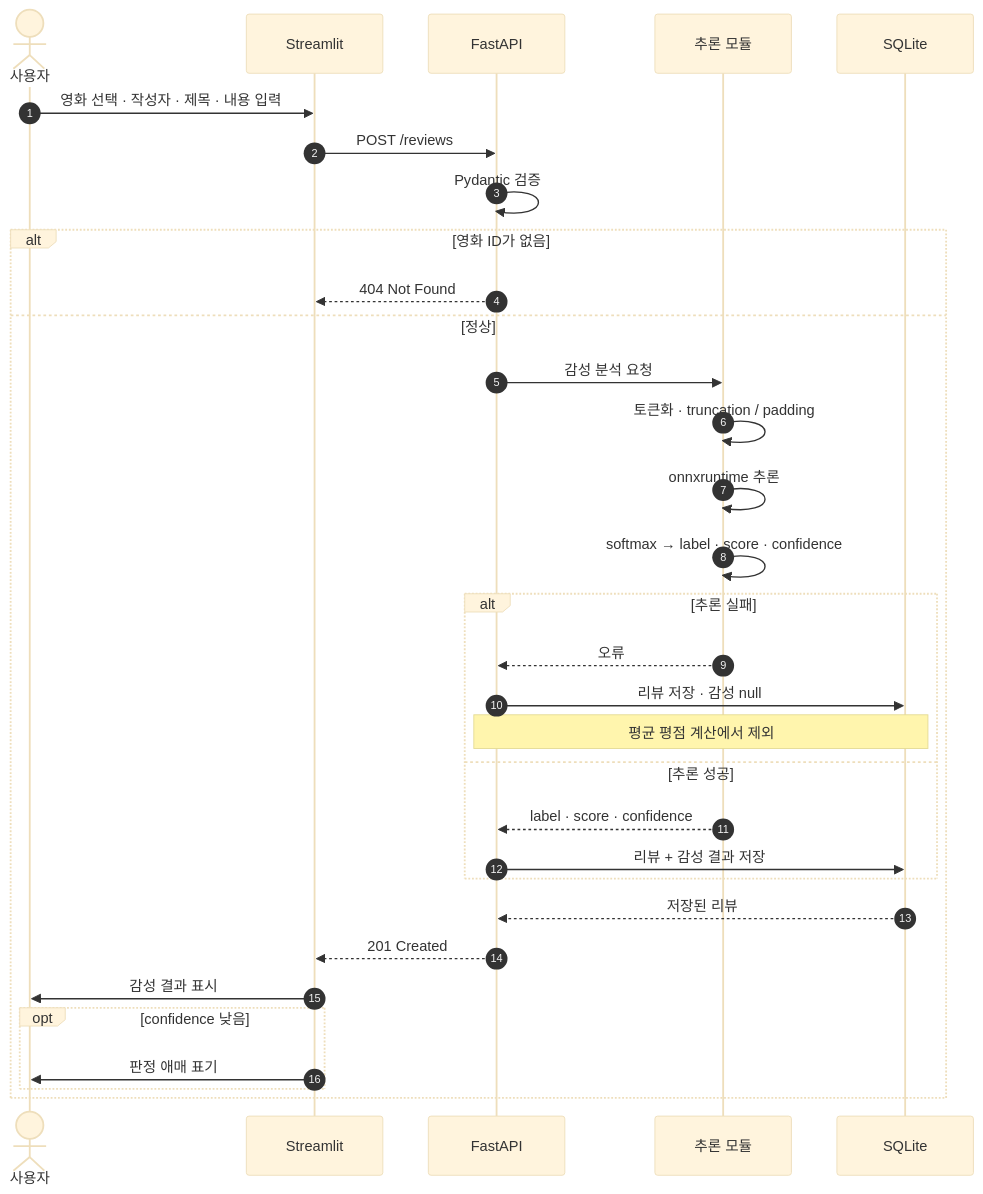
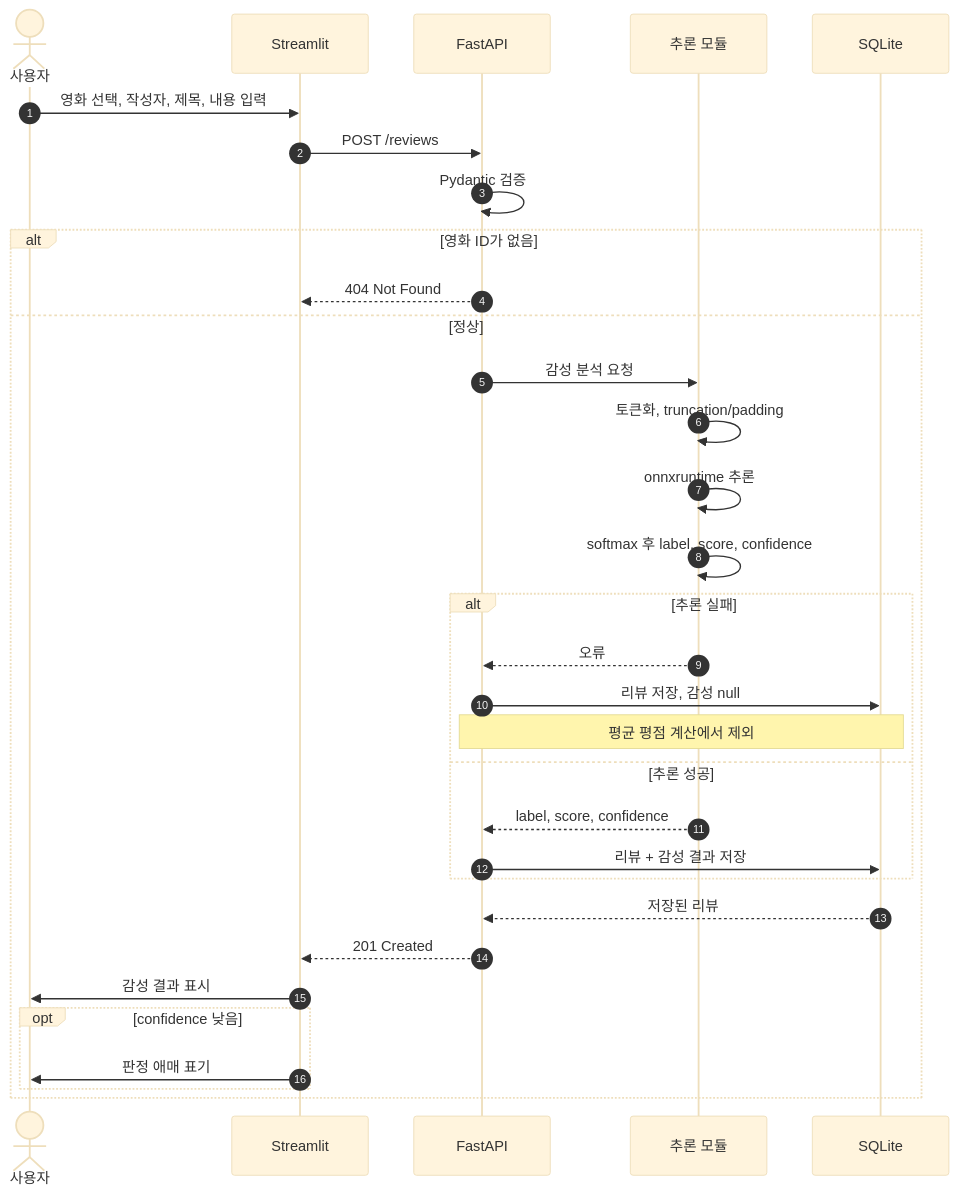
The third of 5 diagrams in mission18/report.md (Yopkigom/codeit-kdt-missions), drawn with Mermaid (base theme) before and after one commit. The commit also changed other lines of this file and 1 other file, not shown here.

````diff
--- a/mission18/report.md
+++ b/mission18/report.md
@@ -127,38 +127,38 @@
 ```mermaid
 sequenceDiagram
     autonumber
     actor U as 사용자
     participant ST as Streamlit
     participant API as FastAPI
     participant INF as 추론 모듈
     participant DB as SQLite
 
-    U->>ST: 영화 선택 · 작성자 · 제목 · 내용 입력
+    U->>ST: 영화 선택, 작성자, 제목, 내용 입력
     ST->>API: POST /reviews
     API->>API: Pydantic 검증
 
     alt 영화 ID가 없음
         API-->>ST: 404 Not Found
     else 정상
         API->>INF: 감성 분석 요청
-        INF->>INF: 토큰화 · truncation / padding
+        INF->>INF: 토큰화, truncation/padding
         INF->>INF: onnxruntime 추론
-        INF->>INF: softmax → label · score · confidence
+        INF->>INF: softmax 후 label, score, confidence
 
         alt 추론 실패
             INF-->>API: 오류
-            API->>DB: 리뷰 저장 · 감성 null
+            API->>DB: 리뷰 저장, 감성 null
             Note over API,DB: 평균 평점 계산에서 제외
         else 추론 성공
-            INF-->>API: label · score · confidence
+            INF-->>API: label, score, confidence
             API->>DB: 리뷰 + 감성 결과 저장
         end
 
         DB-->>API: 저장된 리뷰
         API-->>ST: 201 Created
         ST->>U: 감성 결과 표시
         opt confidence 낮음
             ST->>U: 판정 애매 표기
         end
     end
 ```
````
